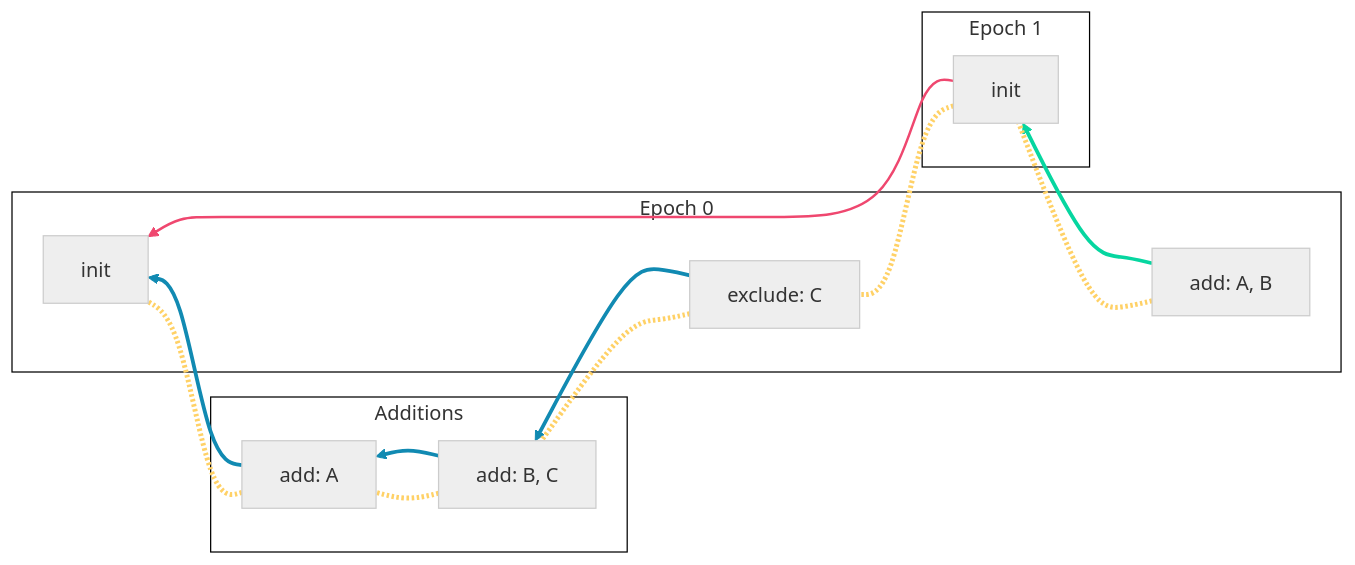
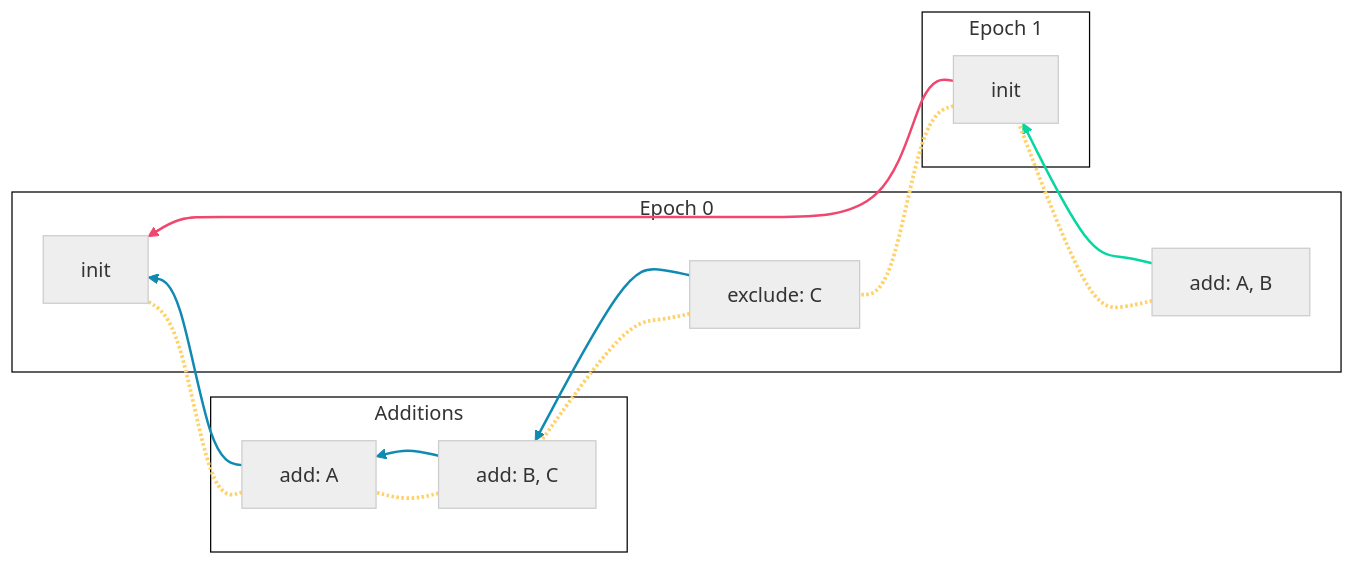
One commit to ssbc/ssb-group-exclusion-spec changed diagram 12 of 13 in README.md. Above: the diagram before and after it, drawn with Mermaid (base theme). The commit also changed other lines of this file, not shown here.

````diff
--- a/README.md
+++ b/README.md
@@ -631,38 +605,38 @@
 ```mermaid
 flowchart RL
 
 subgraph Additions
   0_add_0[add: A]
   0_add_1[add: B, C]
 end
 
 subgraph epoch_0[Epoch 0]
   0_init[init]
 
   1_add_0[add: A, B]
   0_remove_2[exclude: C]
 end
 
 subgraph epoch_1[Epoch 1]
   1_init[init]
 end
 
 %% epoch tangle
 1_init --> 0_init
 linkStyle 0 stroke:#EF476F,stroke-width:2;
 
 %% members tangle - epoch 0
 0_remove_2 --> 0_add_1 --> 0_add_0 --> 0_init
-linkStyle 1,2,3 stroke:#118AB2,stroke-width:3;
+linkStyle 1,2,3 stroke:#118AB2,stroke-width:2;
 
 %% members tangle - epoch 1
 1_add_0 --> 1_init
-linkStyle 4 stroke:#06D6A0,stroke-width:3;
+linkStyle 4 stroke:#06D6A0,stroke-width:2;
 
 %% group tangle
 1_add_0 -.- 1_init -.- 0_remove_2 -.- 0_add_1 -.- 0_add_0 -.- 0_init
-linkStyle 5,6,7,8,9 stroke:#FFD166,stroke-width:4;
+linkStyle 5,6,7,8,9 stroke:#FFD166,stroke-width:3;
 
 classDef default stroke:#ccc,fill:#eee,color:#333;
 classDef cluster fill:#fff,stroke:#000,color:#333;
 ```
````
